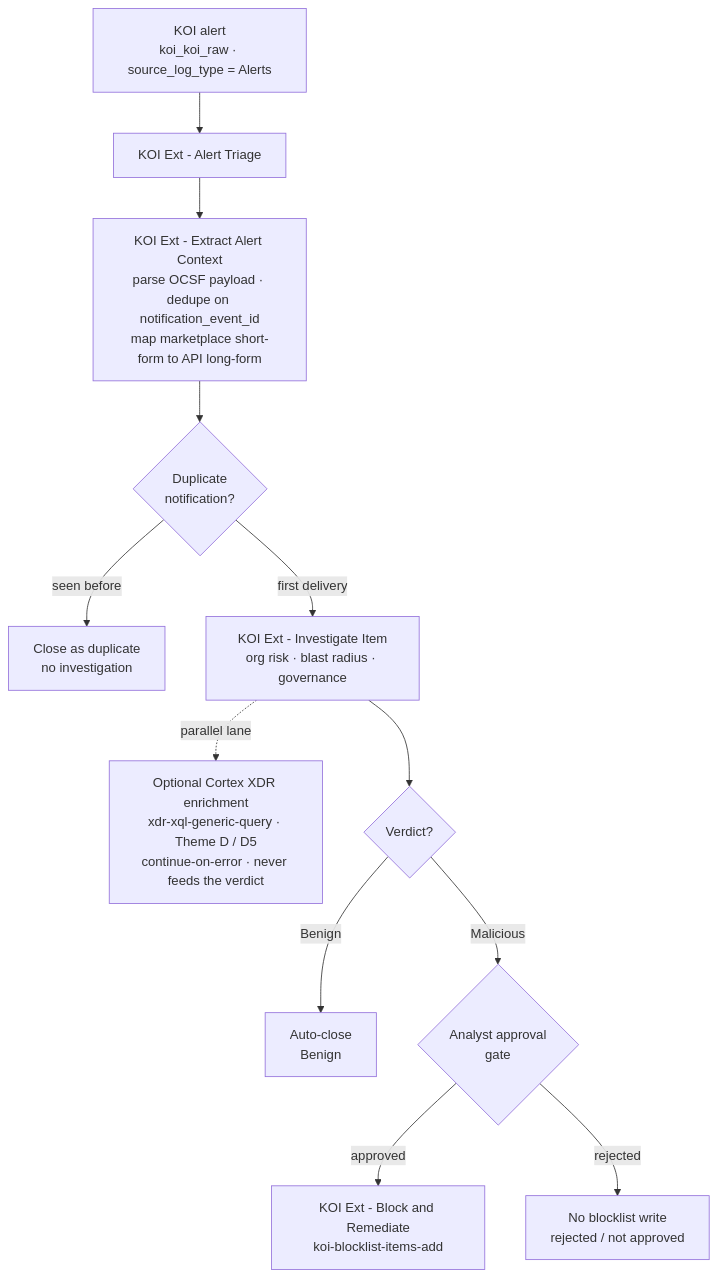
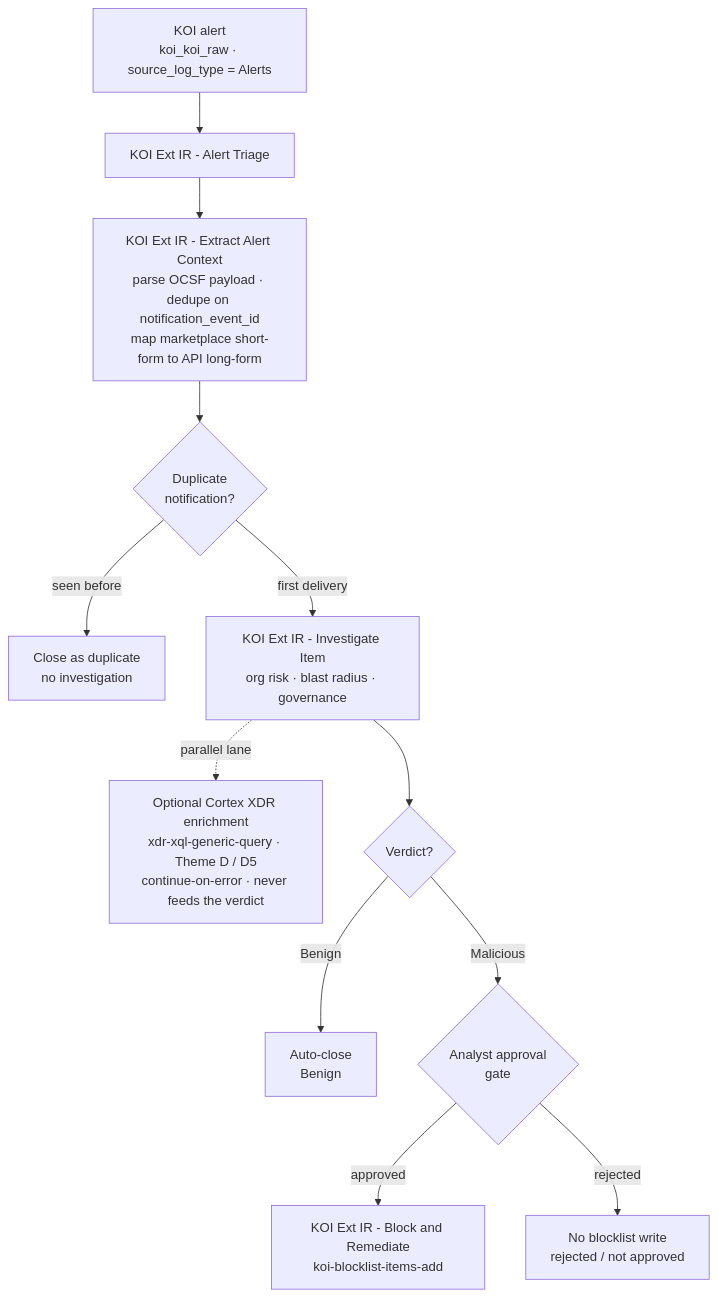
Before and after one commit to ayman-m/koi-xsiam-markeplacepack: the first of 2 diagrams in docs/OPERATIONS.md, drawn with Mermaid. The commit also changed other lines of this file and 25 other files, not shown here.

````diff
--- a/docs/OPERATIONS.md
+++ b/docs/OPERATIONS.md
@@ -195,25 +195,25 @@
 ```mermaid
 flowchart TB
     ALERT["KOI alert<br/>koi_koi_raw · source_log_type = Alerts"]
-    TRIAGE["KOI Ext - Alert Triage"]
-    EXTRACT["KOI Ext - Extract Alert Context<br/>parse OCSF payload · dedupe on notification_event_id<br/>map marketplace short-form to API long-form"]
+    TRIAGE["KOI Ext IR - Alert Triage"]
+    EXTRACT["KOI Ext IR - Extract Alert Context<br/>parse OCSF payload · dedupe on notification_event_id<br/>map marketplace short-form to API long-form"]
     DUP{"Duplicate<br/>notification?"}
     DUPCLOSE["Close as duplicate<br/>no investigation"]
-    ITEM["KOI Ext - Investigate Item<br/>org risk · blast radius · governance"]
+    ITEM["KOI Ext IR - Investigate Item<br/>org risk · blast radius · governance"]
     XDR["Optional Cortex XDR enrichment<br/>xdr-xql-generic-query · Theme D / D5<br/>continue-on-error · never feeds the verdict"]
     VERDICT{"Verdict?"}
     BENIGN["Auto-close<br/>Benign"]
     GATE{"Analyst approval<br/>gate"}
-    BLOCK["KOI Ext - Block and Remediate<br/>koi-blocklist-items-add"]
+    BLOCK["KOI Ext IR - Block and Remediate<br/>koi-blocklist-items-add"]
     NOWRITE["No blocklist write<br/>rejected / not approved"]
 
     ALERT --> TRIAGE --> EXTRACT --> DUP
     DUP -->|"seen before"| DUPCLOSE
     DUP -->|"first delivery"| ITEM
     ITEM -. "parallel lane" .-> XDR
     ITEM --> VERDICT
     VERDICT -->|"Benign"| BENIGN
     VERDICT -->|"Malicious"| GATE
     GATE -->|"approved"| BLOCK
     GATE -->|"rejected"| NOWRITE
 ```
````
